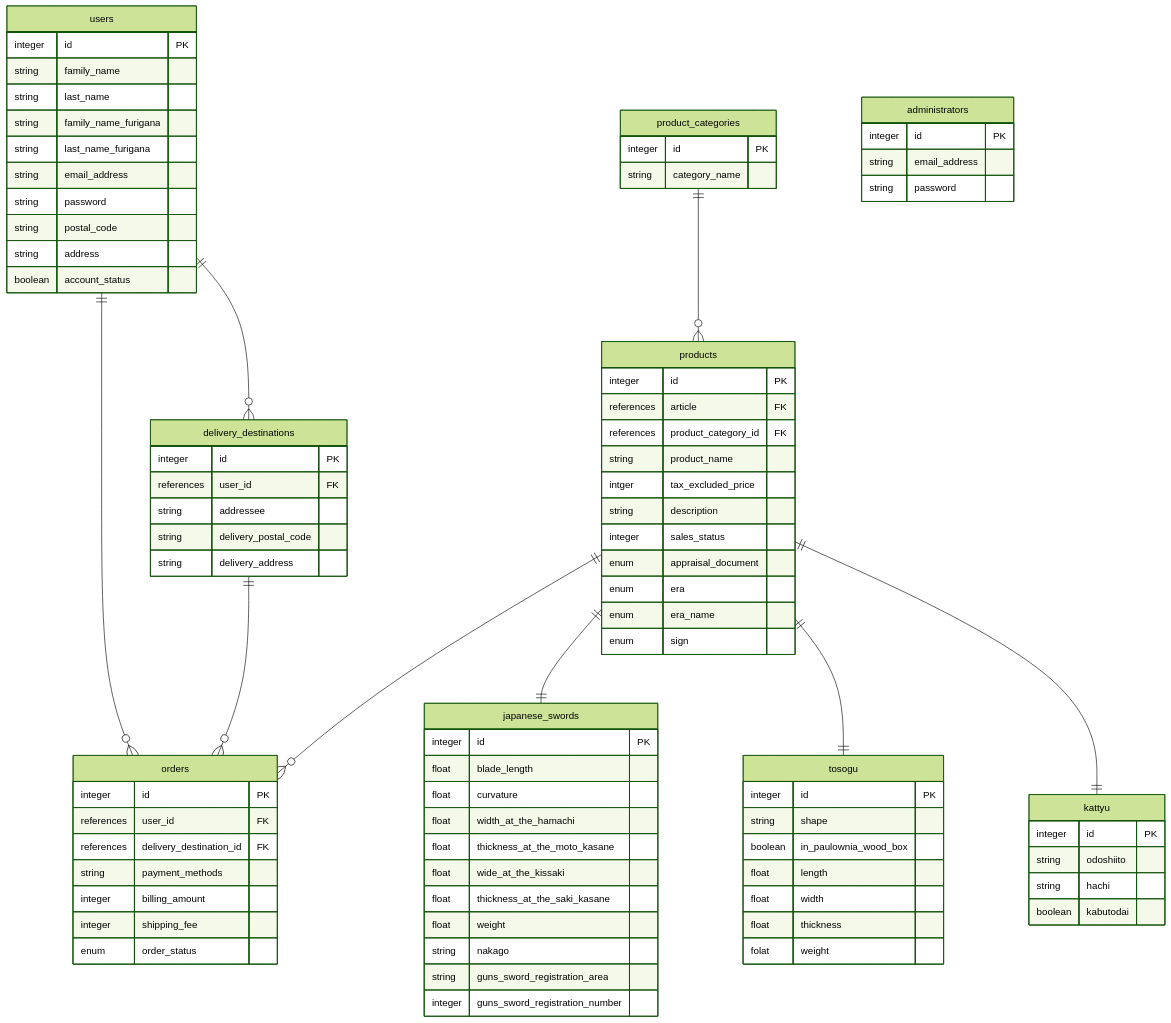
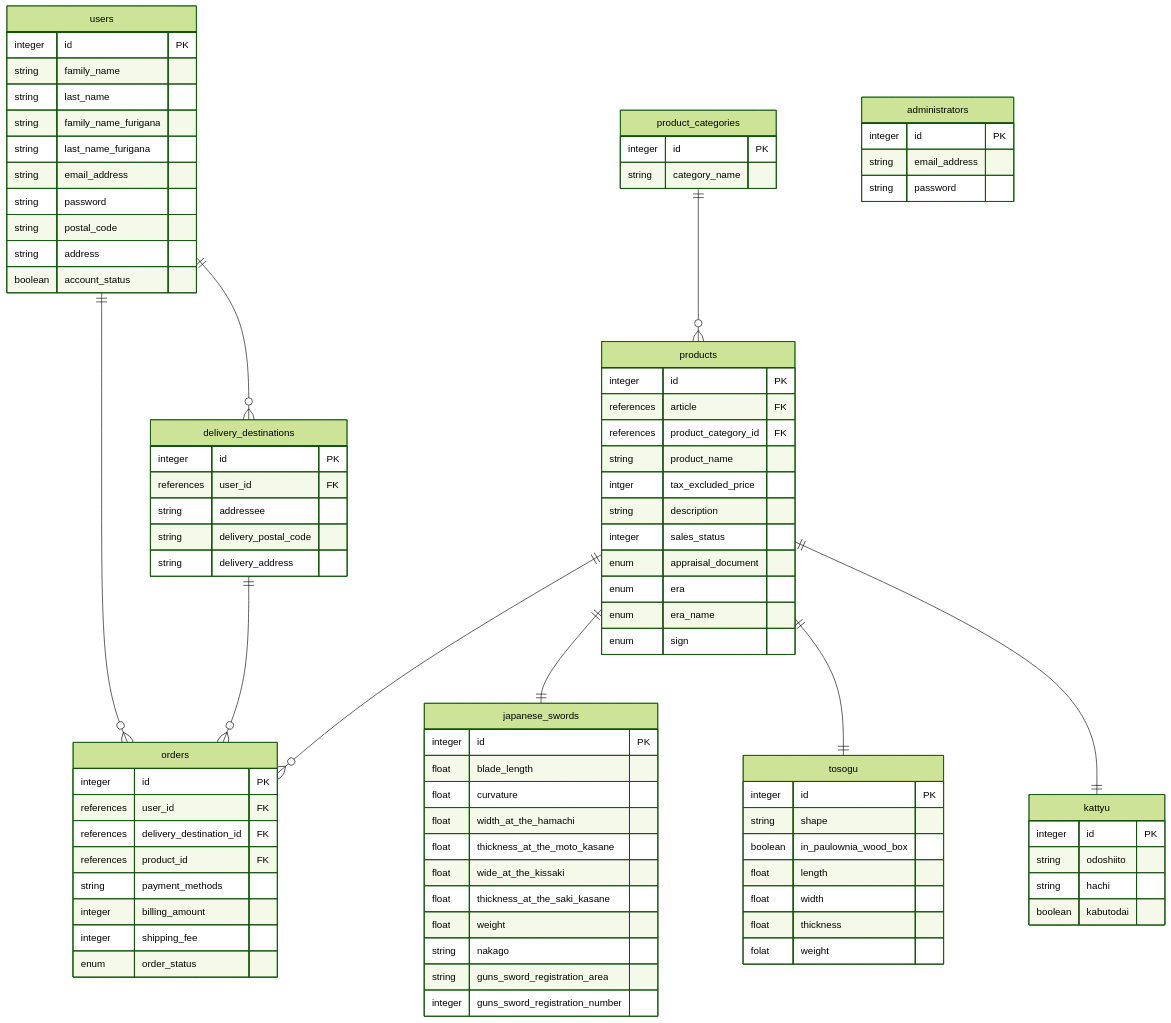
The diagram in README.md (daichi-kusawake/touken-ec), drawn with Mermaid (forest theme) before and after one commit.

```diff
--- a/README.md
+++ b/README.md
@@ -70,6 +70,7 @@
     integer id PK
     references user_id FK
     references delivery_destination_id FK
+    references product_id FK
     string payment_methods
     integer billing_amount
     integer shipping_fee
```
